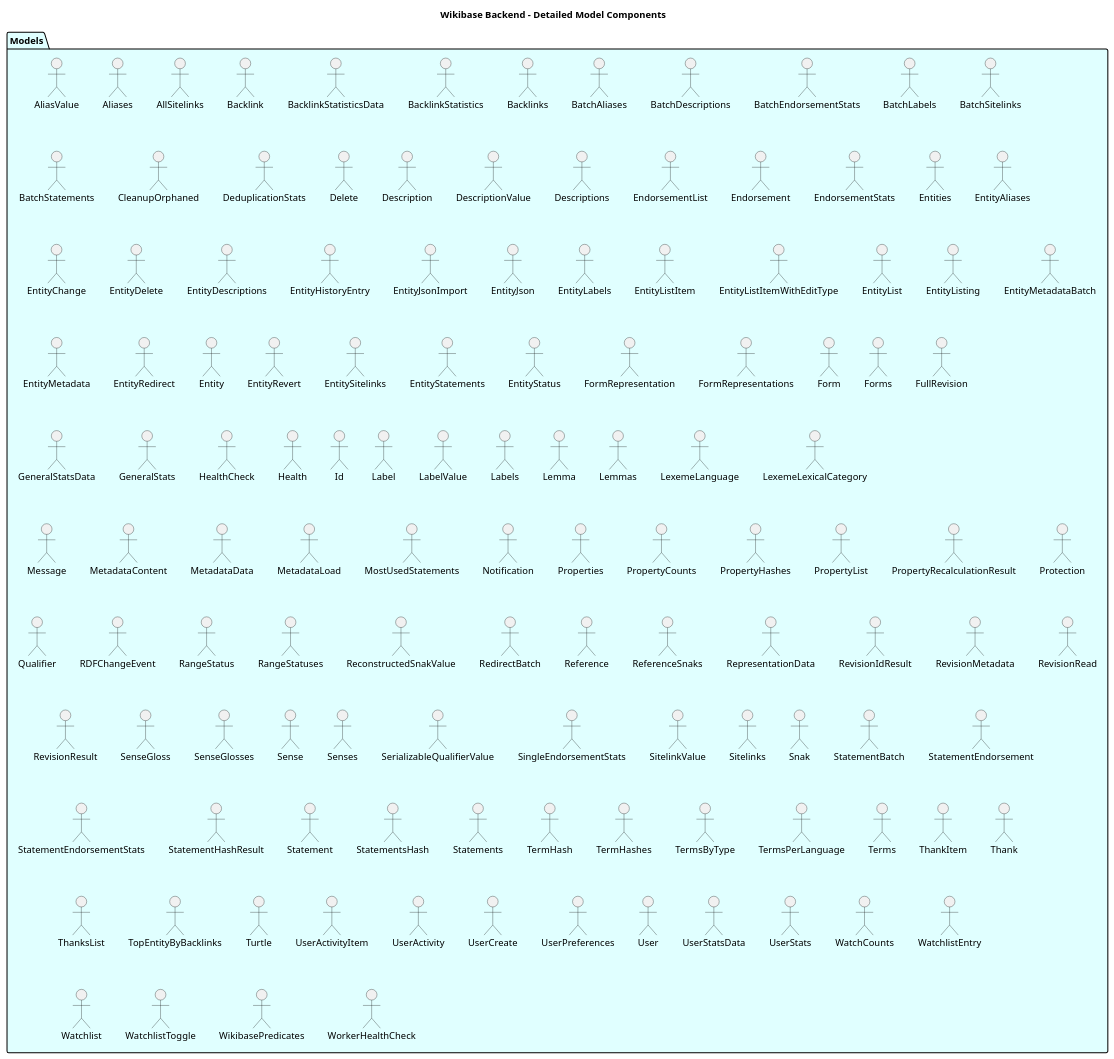
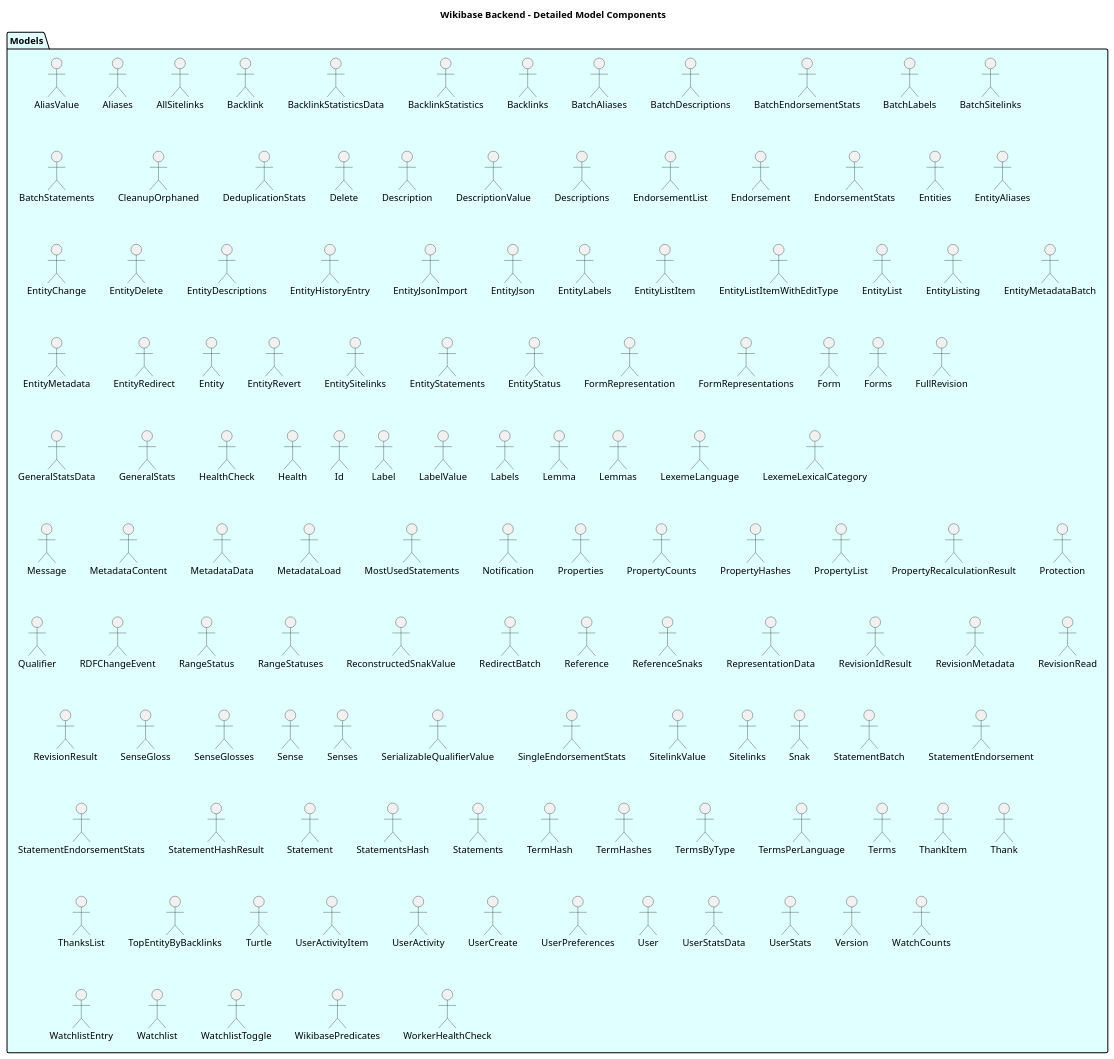
Before and after one commit to dpriskorn/entitybase-backend: the diagram in docs/DIAGRAMS/detailed_model_components.puml, drawn with PlantUML. The commit also changed 19 other files, not shown here.

```diff
--- a/docs/DIAGRAMS/detailed_model_components.puml
+++ b/docs/DIAGRAMS/detailed_model_components.puml
@@ -1,132 +1,133 @@
 @startuml Detailed Model Components
 
 title Wikibase Backend - Detailed Model Components
 
 package "Models" as Models #LightCyan {
     "AliasValue" as AliasValue
     "Aliases" as AliasesResponse
     "AllSitelinks" as AllSitelinksResponse
     "Backlink" as BacklinkResponse
     "BacklinkStatisticsData" as BacklinkStatisticsData
     "BacklinkStatistics" as BacklinkStatisticsResponse
     "Backlinks" as BacklinksResponse
     "BatchAliases" as BatchAliasesResponse
     "BatchDescriptions" as BatchDescriptionsResponse
     "BatchEndorsementStats" as BatchEndorsementStatsResponse
     "BatchLabels" as BatchLabelsResponse
     "BatchSitelinks" as BatchSitelinksResponse
     "BatchStatements" as BatchStatementsResponse
     "CleanupOrphaned" as CleanupOrphanedResponse
     "DeduplicationStats" as DeduplicationStatsResponse
     "Delete" as DeleteResponse
     "Description" as DescriptionResponse
     "DescriptionValue" as DescriptionValue
     "Descriptions" as DescriptionsResponse
     "EndorsementList" as EndorsementListResponse
     "Endorsement" as EndorsementResponse
     "EndorsementStats" as EndorsementStatsResponse
     "Entities" as EntitiesResponse
     "EntityAliases" as EntityAliasesResponse
     "EntityChange" as EntityChange
     "EntityDelete" as EntityDeleteResponse
     "EntityDescriptions" as EntityDescriptionsResponse
     "EntityHistoryEntry" as EntityHistoryEntry
     "EntityJsonImport" as EntityJsonImportResponse
     "EntityJson" as EntityJsonResponse
     "EntityLabels" as EntityLabelsResponse
     "EntityListItem" as EntityListItem
     "EntityListItemWithEditType" as EntityListItemWithEditType
     "EntityList" as EntityListResponse
     "EntityListing" as EntityListing
     "EntityMetadataBatch" as EntityMetadataBatchResponse
     "EntityMetadata" as EntityMetadataResponse
     "EntityRedirect" as EntityRedirectResponse
     "Entity" as EntityResponse
     "EntityRevert" as EntityRevertResponse
     "EntitySitelinks" as EntitySitelinksResponse
     "EntityStatements" as EntityStatementsResponse
     "EntityStatus" as EntityStatusResponse
     "FormRepresentation" as FormRepresentationResponse
     "FormRepresentations" as FormRepresentationsResponse
     "Form" as FormResponse
     "Forms" as FormsResponse
     "FullRevision" as FullRevisionResponse
     "GeneralStatsData" as GeneralStatsData
     "GeneralStats" as GeneralStatsResponse
     "HealthCheck" as HealthCheckResponse
     "Health" as HealthResponse
     "Id" as IdResponse
     "Label" as LabelResponse
     "LabelValue" as LabelValue
     "Labels" as LabelsResponse
     "Lemma" as LemmaResponse
     "Lemmas" as LemmasResponse
     "LexemeLanguage" as LexemeLanguageResponse
     "LexemeLexicalCategory" as LexemeLexicalCategoryResponse
     "Message" as MessageResponse
     "MetadataContent" as MetadataContent
     "MetadataData" as MetadataData
     "MetadataLoad" as MetadataLoadResponse
     "MostUsedStatements" as MostUsedStatementsResponse
     "Notification" as NotificationResponse
     "Properties" as PropertiesResponse
     "PropertyCounts" as PropertyCountsResponse
     "PropertyHashes" as PropertyHashesResponse
     "PropertyList" as PropertyListResponse
     "PropertyRecalculationResult" as PropertyRecalculationResult
     "Protection" as ProtectionResponse
     "Qualifier" as QualifierResponse
     "RDFChangeEvent" as RDFChangeEvent
     "RangeStatus" as RangeStatus
     "RangeStatuses" as RangeStatuses
     "ReconstructedSnakValue" as ReconstructedSnakValue
     "RedirectBatch" as RedirectBatchResponse
     "Reference" as ReferenceResponse
     "ReferenceSnaks" as ReferenceSnaks
     "RepresentationData" as RepresentationData
     "RevisionIdResult" as RevisionIdResult
     "RevisionMetadata" as RevisionMetadataResponse
     "RevisionRead" as RevisionReadResponse
     "RevisionResult" as RevisionResult
     "SenseGloss" as SenseGlossResponse
     "SenseGlosses" as SenseGlossesResponse
     "Sense" as SenseResponse
     "Senses" as SensesResponse
     "SerializableQualifierValue" as SerializableQualifierValue
     "SingleEndorsementStats" as SingleEndorsementStatsResponse
     "SitelinkValue" as SitelinkValue
     "Sitelinks" as SitelinksResponse
     "Snak" as SnakResponse
     "StatementBatch" as StatementBatchResponse
     "StatementEndorsement" as StatementEndorsementResponse
     "StatementEndorsementStats" as StatementEndorsementStats
     "StatementHashResult" as StatementHashResult
     "Statement" as StatementResponse
     "StatementsHash" as StatementsHashResponse
     "Statements" as StatementsResponse
     "TermHash" as TermHashResponse
     "TermHashes" as TermHashesResponse
     "TermsByType" as TermsByType
     "TermsPerLanguage" as TermsPerLanguage
     "Terms" as TermsResponse
     "ThankItem" as ThankItemResponse
     "Thank" as ThankResponse
     "ThanksList" as ThanksListResponse
     "TopEntityByBacklinks" as TopEntityByBacklinks
     "Turtle" as TurtleResponse
     "UserActivityItem" as UserActivityItemResponse
     "UserActivity" as UserActivityResponse
     "UserCreate" as UserCreateResponse
     "UserPreferences" as UserPreferencesResponse
     "User" as UserResponse
     "UserStatsData" as UserStatsData
     "UserStats" as UserStatsResponse
+    "Version" as VersionResponse
     "WatchCounts" as WatchCounts
     "WatchlistEntry" as WatchlistEntryResponse
     "Watchlist" as WatchlistResponse
     "WatchlistToggle" as WatchlistToggleResponse
     "WikibasePredicates" as WikibasePredicatesResponse
     "WorkerHealthCheck" as WorkerHealthCheckResponse
 }
 
 @enduml
```
